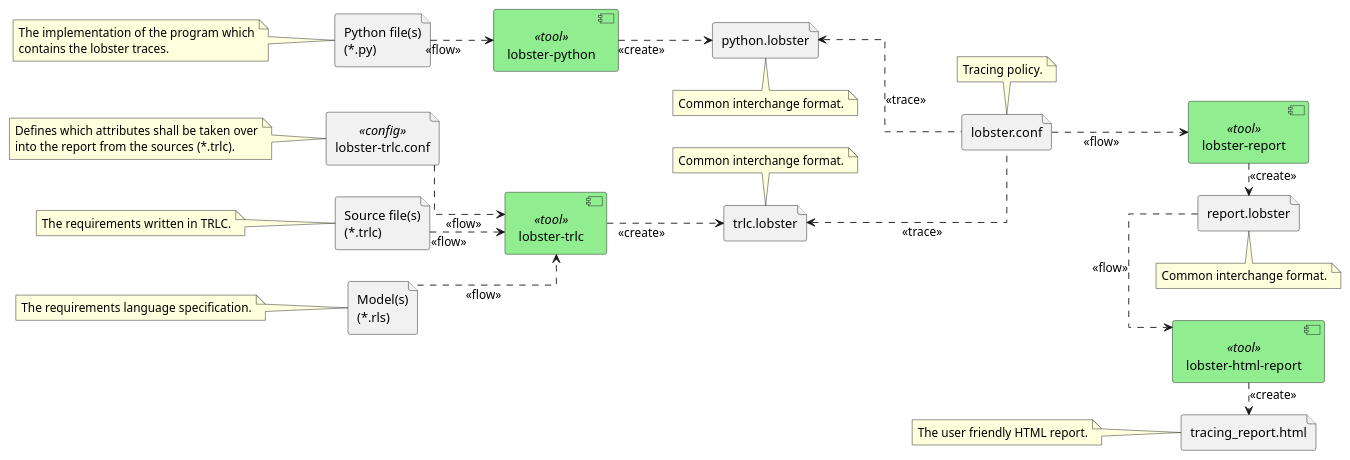
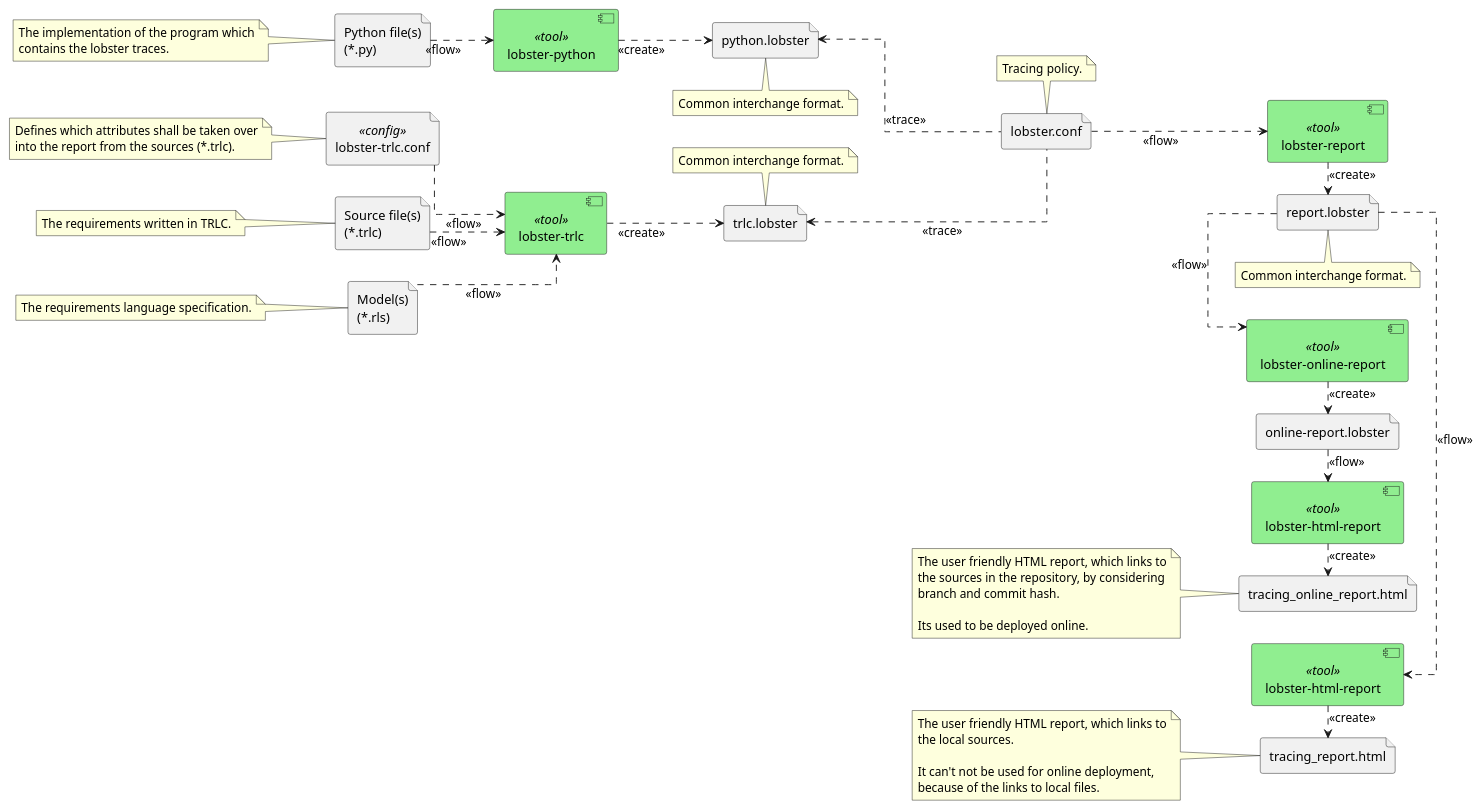
Before and after one commit to nhjschulz/pyTRLCConverter: the diagram in tools/lobster/tracing_toolchain.puml, drawn with PlantUML. The commit also changed 3 other files, not shown here.

Commit message:
Online report generation added. The generated HTML report contains links to sources in the github repository.

```diff
--- a/tools/lobster/tracing_toolchain.puml
+++ b/tools/lobster/tracing_toolchain.puml
@@ -1,82 +1,103 @@
 @startuml
 
 left to right direction
 skinparam linetype ortho
 skinparam component {
     BackgroundColor #lightgreen
 }
 
 component "lobster-trlc" as lobsterTrlc<<tool>>
 component "lobster-python" as lobsterPython<<tool>>
 component "lobster-report" as lobsterReport<<tool>>
+component "lobster-online-report" as lobsterOnlineReport<<tool>>
 component "lobster-html-report" as lobsterHtmlReport<<tool>>
+component "lobster-html-report" as lobsterHtmlReportOnline<<tool>>
+
 file "lobster-trlc.conf" as lobsterTrlcConf<<config>>
 file "trlc.lobster" as trlcLobsterFile
 file "Source file(s)\n(*.trlc)" as sourceFiles
 file "Model(s)\n(*.rls)" as modelFiles
 file "Python file(s)\n(*.py)" as pythonFiles
 file "python.lobster" as pythonLobsterFile
 file "report.lobster" as reportLobsterFile
+file "online-report.lobster" as onlineReportLobsterFile
 file "lobster.conf" as lobsterConf
 file "tracing_report.html" as tracingReportHtml
+file "tracing_online_report.html" as tracingOnlineReportHtml
 
 lobsterTrlc ..> trlcLobsterFile: <<create>>
 
 lobsterTrlcConf ..> lobsterTrlc: <<flow>>
 
 sourceFiles ..> lobsterTrlc: <<flow>>
 modelFiles ..> lobsterTrlc: <<flow>>
 
 pythonFiles ..> lobsterPython: <<flow>>
 lobsterPython ..> pythonLobsterFile: <<create>>
 
 lobsterConf ..> lobsterReport: <<flow>>
 lobsterReport  .> reportLobsterFile: <<create>>
 
 trlcLobsterFile <.. lobsterConf: <<trace>>
 pythonLobsterFile <.. lobsterConf: <<trace>>
 
 reportLobsterFile .> lobsterHtmlReport: <<flow>>
-
 lobsterHtmlReport .> tracingReportHtml: <<create>>
 
+reportLobsterFile .> lobsterOnlineReport: <<flow>>
+lobsterOnlineReport .> onlineReportLobsterFile: <<create>>
+
+onlineReportLobsterFile .> lobsterHtmlReportOnline: <<flow>>
+lobsterHtmlReportOnline .> tracingOnlineReportHtml: <<create>>
 
 note left of lobsterTrlcConf
     Defines which attributes shall be taken over
     into the report from the sources (*.trlc).
 end note
 
 note bottom of pythonLobsterFile
     Common interchange format.
 end note
 
 note top of lobsterConf
     Tracing policy.
 end note
 
 note top of trlcLobsterFile
     Common interchange format.
 end note
 
 note left of sourceFiles
     The requirements written in TRLC.
 end note
 
 note left of modelFiles
     The requirements language specification.
 end note
 
 note left of pythonFiles
     The implementation of the program which
     contains the lobster traces.
 end note
 
 note bottom of reportLobsterFile
     Common interchange format.
 end note
 
 note left of tracingReportHtml
-    The user friendly HTML report.
+    The user friendly HTML report, which links to
+    the local sources.
+    
+    It can't not be used for online deployment,
+    because of the links to local files.
+end note
+
+note left of tracingOnlineReportHtml
+    The user friendly HTML report, which links to
+    the sources in the repository, by considering
+    branch and commit hash.
+
+    Its used to be deployed online.
 end note
 
 @enduml
```
